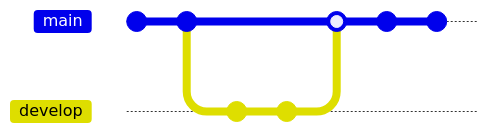
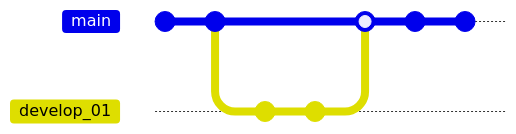
Before and after one commit to jorale2133/proob_platzi: the diagram in markdown.md, drawn with Mermaid. The commit also changed 1 other file, not shown here. Commit ids are hidden.

Commit message:
"Se modifico el Readme"

````diff
--- a/markdown.md
+++ b/markdown.md
@@ -3,13 +3,13 @@
 ```mermaid
 gitGraph
     commit
     commit
-    branch develop
-    checkout develop
+    branch develop_01
+    checkout develop_01
     commit
     commit
     checkout main
-    merge develop
+    merge develop_01
     commit
     commit
 ```
````
